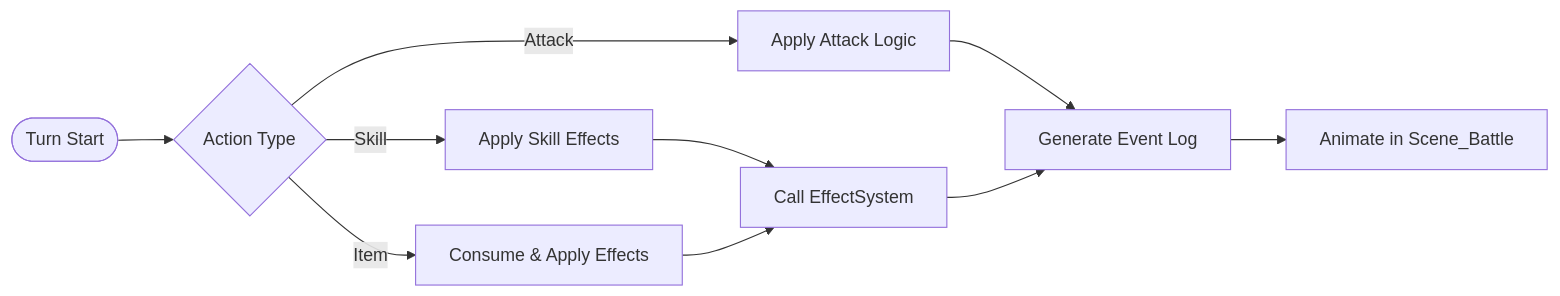
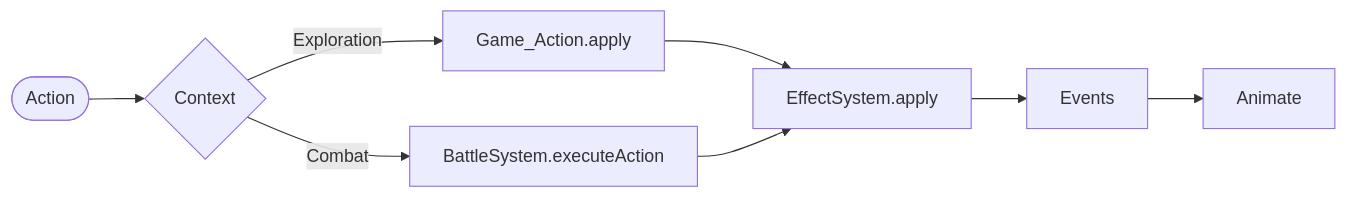
One commit to JosephSerUSP/Stillnight-Win3.1 changed the second of 2 diagrams in doc/ARCHITECTURE.md. Above: the diagram before and after it, drawn with Mermaid. The commit also changed other lines of this file and 3 other files, not shown here.

First line of the commit message:
docs: audit and update architecture documentation

````diff
--- a/doc/ARCHITECTURE.md
+++ b/doc/ARCHITECTURE.md
@@ -155,14 +153,12 @@
 ```mermaid
 flowchart LR
-    Start([Turn Start]) --> Select{Action Type}
-    Select -->|Attack| Atk[Apply Attack Logic]
-    Select -->|Skill| Skill[Apply Skill Effects]
-    Select -->|Item| Item[Consume & Apply Effects]
+    Start([Action]) --> Select{Context}
+    Select -->|Exploration| GA[Game_Action.apply]
+    Select -->|Combat| BS[BattleSystem.executeAction]
 
-    Atk --> Events[Generate Event Log]
-    Skill --> EffectSys[Call EffectSystem]
-    Item --> EffectSys
+    GA --> EffectSys[EffectSystem.apply]
+    BS --> EffectSys
 
     EffectSys --> Events
-    Events --> UI[Animate in Scene_Battle]
+    Events --> UI[Animate]
 ```
````
